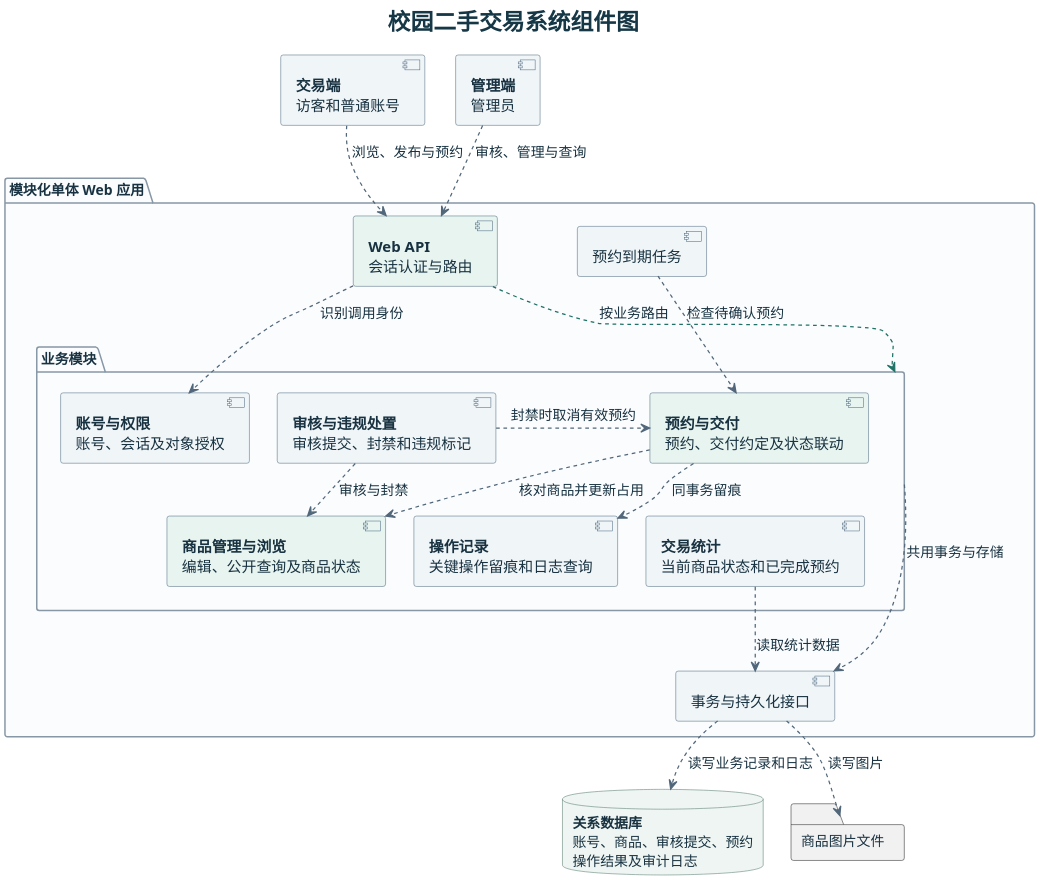
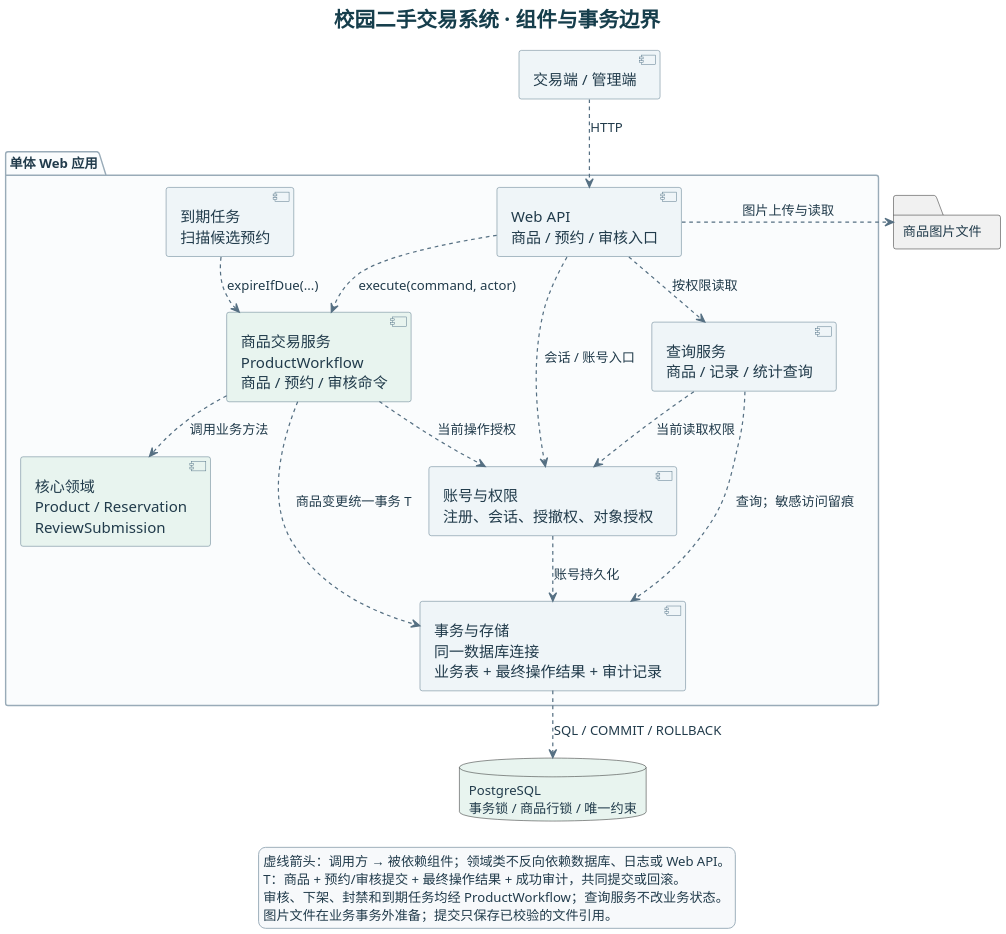
The diagram in 实验二/UML/UML组件图.puml (gggggg198/secondhand-trading-software), drawn with PlantUML before and after one commit. The commit also changed 63 other files, not shown here.

```diff
--- a/实验二/UML/UML组件图.puml
+++ b/实验二/UML/UML组件图.puml
@@ -1,67 +1,67 @@
 @startuml
-title 校园二手交易系统组件图
 
-skinparam dpi 180
+skinparam dpi 170
 skinparam defaultFontName Microsoft YaHei
-skinparam defaultFontColor #183241
-skinparam titleFontSize 23
+skinparam defaultFontColor #213B4B
+skinparam titleFontColor #163E4C
+skinparam titleFontSize 22
 skinparam shadowing false
-skinparam titleFontColor #153746
-skinparam ArrowThickness 1.25
-skinparam nodesep 28
-skinparam ranksep 32
-skinparam packageStyle folder
-skinparam componentFontSize 15
+skinparam ArrowColor #567083
+skinparam ArrowThickness 1.3
+skinparam nodesep 36
+skinparam ranksep 38
+skinparam noteBackgroundColor #F7F9FB
+skinparam noteBorderColor #99ABB8
+skinparam noteFontSize 13
+skinparam legendBackgroundColor #F7F9FB
+skinparam legendBorderColor #99ABB8
+
+skinparam componentStyle uml2
+skinparam componentFontSize 16
 skinparam componentArrowFontSize 14
-skinparam ArrowColor #52677A
-skinparam componentStyle uml2
-skinparam componentBackgroundColor #F0F5F8
-skinparam componentBorderColor #45617A
-skinparam packageBackgroundColor #FAFCFE
-skinparam packageBorderColor #8797A5
-skinparam databaseBackgroundColor #EEF5F2
-skinparam databaseBorderColor #4B7163
+skinparam componentBackgroundColor #EFF5F8
+skinparam componentBorderColor #507084
+skinparam packageBackgroundColor #FAFCFD
+skinparam packageBorderColor #99ABB8
+skinparam databaseBackgroundColor #E8F4EF
 
-component "<b>交易端</b>\n访客和普通账号" as Market
-component "<b>管理端</b>\n管理员" as Admin
+title 校园二手交易系统 · 组件与事务边界
 
-package "模块化单体 Web 应用" {
-  component "<b>Web API</b>\n会话认证与路由" as Api #E7F4EF
+component "交易端 / 管理端" as UI
+package "单体 Web 应用" {
+  component "Web API\n商品 / 预约 / 审核入口" as API
+  component "账号与权限\n注册、会话、授撤权、对象授权" as Auth
+  component "到期任务\n扫描候选预约" as Timer
+  component "商品交易服务\nProductWorkflow\n商品 / 预约 / 审核命令" as Workflow #E8F4EF
+  component "查询服务\n商品 / 记录 / 统计查询" as Query
+  component "核心领域\nProduct / Reservation\nReviewSubmission" as Domain #E8F4EF
+  component "事务与存储\n同一数据库连接\n业务表 + 最终操作结果 + 审计记录" as Store
+}
+database "PostgreSQL\n事务锁 / 商品行锁 / 唯一约束" as DB
+folder "商品图片文件" as Files
 
-  package "业务模块" as Business {
-    component "<b>账号与权限</b>\n账号、会话及对象授权" as Identity
-    component "<b>商品管理与浏览</b>\n编辑、公开查询及商品状态" as Catalog #E7F4EF
-    component "<b>审核与违规处置</b>\n审核提交、封禁和违规标记" as Moderation
-    component "<b>预约与交付</b>\n预约、交付约定及状态联动" as Booking #E7F4EF
-    component "<b>操作记录</b>\n关键操作留痕和日志查询" as Audit
-    component "<b>交易统计</b>\n当前商品状态和已完成预约" as Stats
-  }
+UI .down.> API : HTTP
+API .down.> Auth : 会话 / 账号入口
+API .down.> Workflow : execute(command, actor)
+API .right.> Query : 按权限读取
+Timer .down.> Workflow : expireIfDue(...)
+Workflow .down.> Auth : 当前操作授权
+Query .down.> Auth : 当前读取权限
+Workflow .down.> Domain : 调用业务方法
+Workflow .down.> Store : 商品变更统一事务 T
+Query .down.> Store : 查询；敏感访问留痕
+Auth .down.> Store : 账号持久化
+Store .down.> DB : SQL / COMMIT / ROLLBACK
+API .right.> Files : 图片上传与读取
 
-  component "预约到期任务" as Expiry
-  component "事务与持久化接口" as Persistence
-}
+Workflow -[hidden]right- Query
+Domain -[hidden]right- Auth
 
-database "<b>关系数据库</b>\n账号、商品、审核提交、预约\n操作结果及审计日志" as Db
-folder "商品图片文件" as ImageFiles
+legend bottom
+  虚线箭头：调用方 → 被依赖组件；领域类不反向依赖数据库、日志或 Web API。
+  T：商品 + 预约/审核提交 + 最终操作结果 + 成功审计，共同提交或回滚。
+  审核、下架、封禁和到期任务均经 ProductWorkflow；查询服务不改业务状态。
+  图片文件在业务事务外准备；提交只保存已校验的文件引用。
+endlegend
 
-Market ..> Api : 浏览、发布与预约
-Admin ..> Api : 审核、管理与查询
-Api .[#207266].> Business : 按业务路由
-Api .down.> Identity : 识别调用身份
-Moderation .down.> Catalog : 审核与封禁
-Moderation .right.> Booking : 封禁时取消有效预约
-Booking .down.> Catalog : 核对商品并更新占用
-Booking .down.> Audit : 同事务留痕
-Expiry .down.> Booking : 检查待确认预约
-Business .down.> Persistence : 共用事务与存储
-Stats .down.> Persistence : 读取统计数据
-Persistence .down.> Db : 读写业务记录和日志
-Persistence .down.> ImageFiles : 读写图片
-
-Api -[hidden]right- Expiry
-Api -[hidden]down- Moderation
-Audit -[hidden]down- Persistence
-Identity -[hidden]right- Moderation
-Catalog -[hidden]right- Audit
-Audit -[hidden]right- Stats
 @enduml
```
